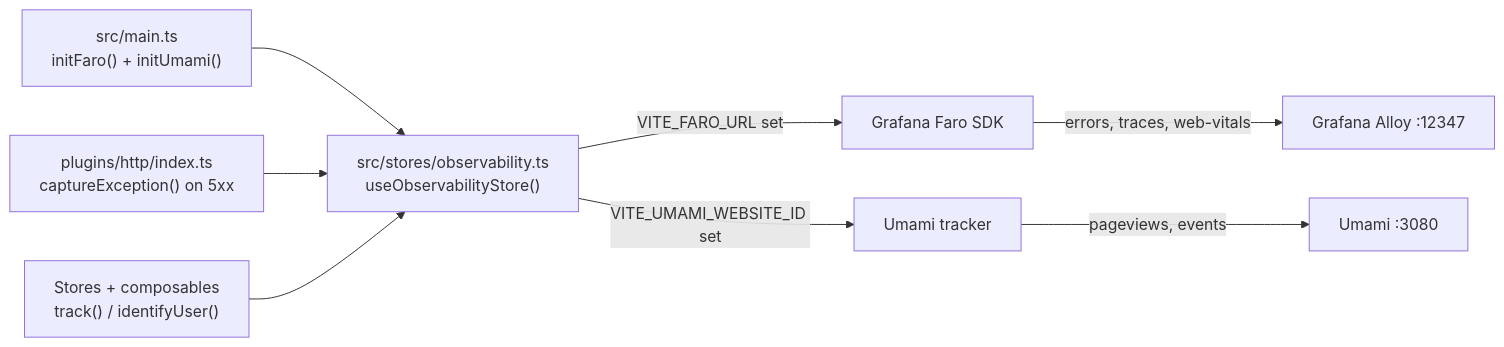
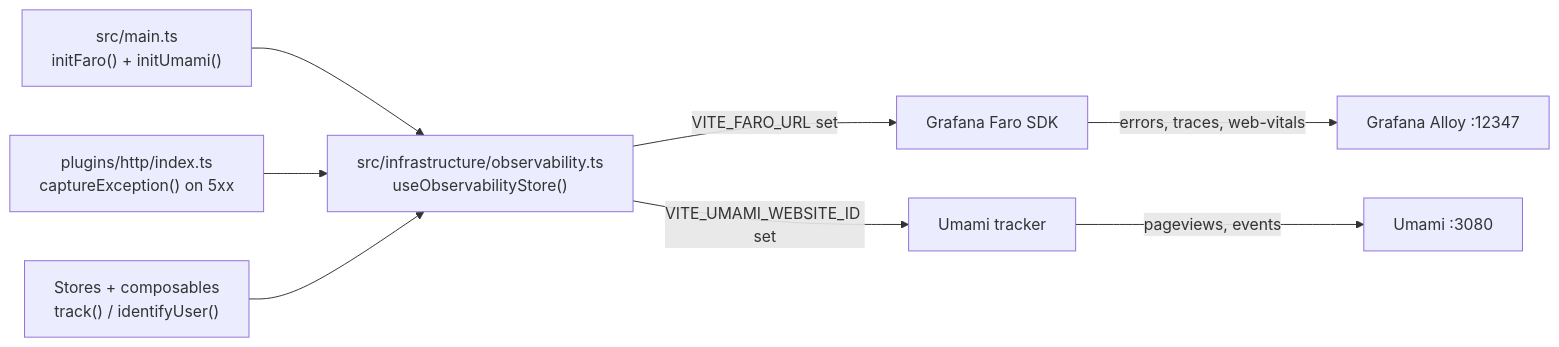
The diagram in docs/tools/observability.md (Guebbit/boilerplate-vue-frontend), drawn with Mermaid before and after one commit. The commit also changed other lines of this file and 385 other files, not shown here.

First line of the commit message:
feat!: 2.0.0 — modular architecture, tiered substrate, contracts as backend output

````diff
--- a/docs/tools/observability.md
+++ b/docs/tools/observability.md
@@ -16,16 +16,16 @@
 ```mermaid
 %%{init: {'flowchart': {'nodeSpacing': 50, 'rankSpacing': 65}}}%%
 flowchart LR
     Main["src/main.ts\ninitFaro() + initUmami()"]
-    Store["src/stores/observability.ts\nuseObservabilityStore()"]
+    Store["src/infrastructure/observability.ts\nuseObservabilityStore()"]
     HTTP["plugins/http/index.ts\ncaptureException() on 5xx"]
     Components["Stores + composables\ntrack() / identifyUser()"]
 
     Main --> Store
     HTTP --> Store
     Components --> Store
     Store -->|VITE_FARO_URL set| Faro["Grafana Faro SDK"]
     Store -->|VITE_UMAMI_WEBSITE_ID set| Umami["Umami tracker"]
     Faro -->|errors, traces, web-vitals| Alloy["Grafana Alloy :12347"]
     Umami -->|pageviews, events| UmamiServer["Umami :3080"]
 ```
````
